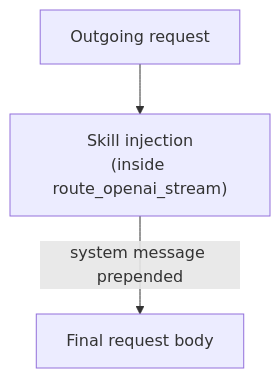
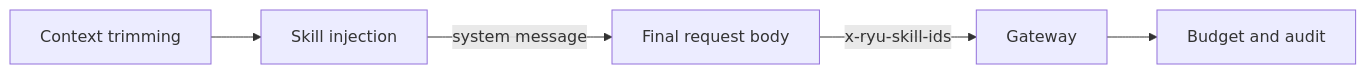
The third of 3 diagrams in content/docs/extend/skills/ecosystem.mdx (amajorai/ryu-docs), drawn with Mermaid before and after one commit. The commit also changed other lines of this file and 2642 other files, not shown here.

````diff
--- a/content/docs/extend/skills/ecosystem.mdx
+++ b/content/docs/extend/skills/ecosystem.mdx
@@ -69,5 +77,7 @@
 ```mermaid
-flowchart TD
-  REQ[Outgoing request] --> INJ["Skill injection<br/>(inside route_openai_stream)"]
-  INJ -->|"system message prepended"| BODY[Final request body]
+flowchart LR
+  TRIM["Context trimming"] --> INJ["Skill injection"]
+  INJ -->|"system message"| BODY["Final request body"]
+  BODY -->|"x-ryu-skill-ids"| GW["Gateway"]
+  GW --> AUD["Budget and audit"]
 ```
````
